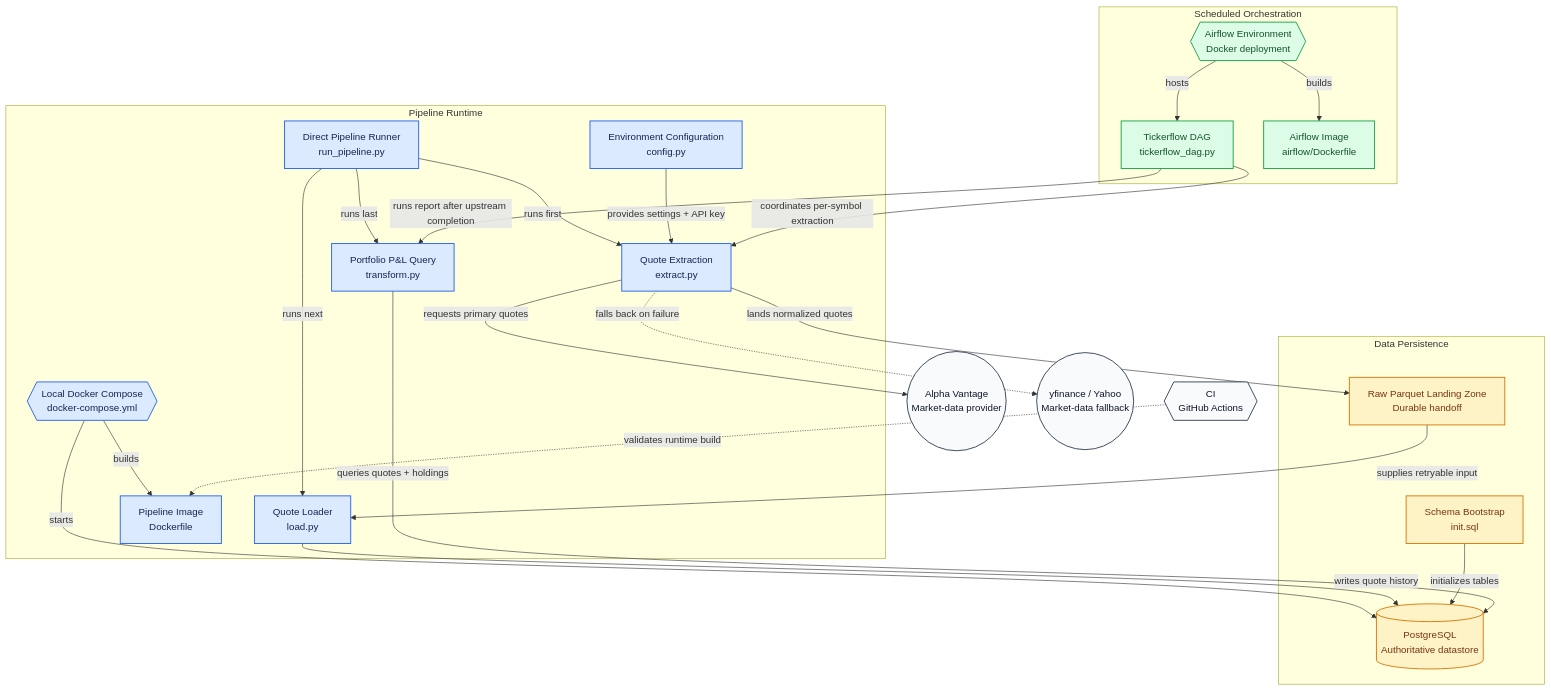
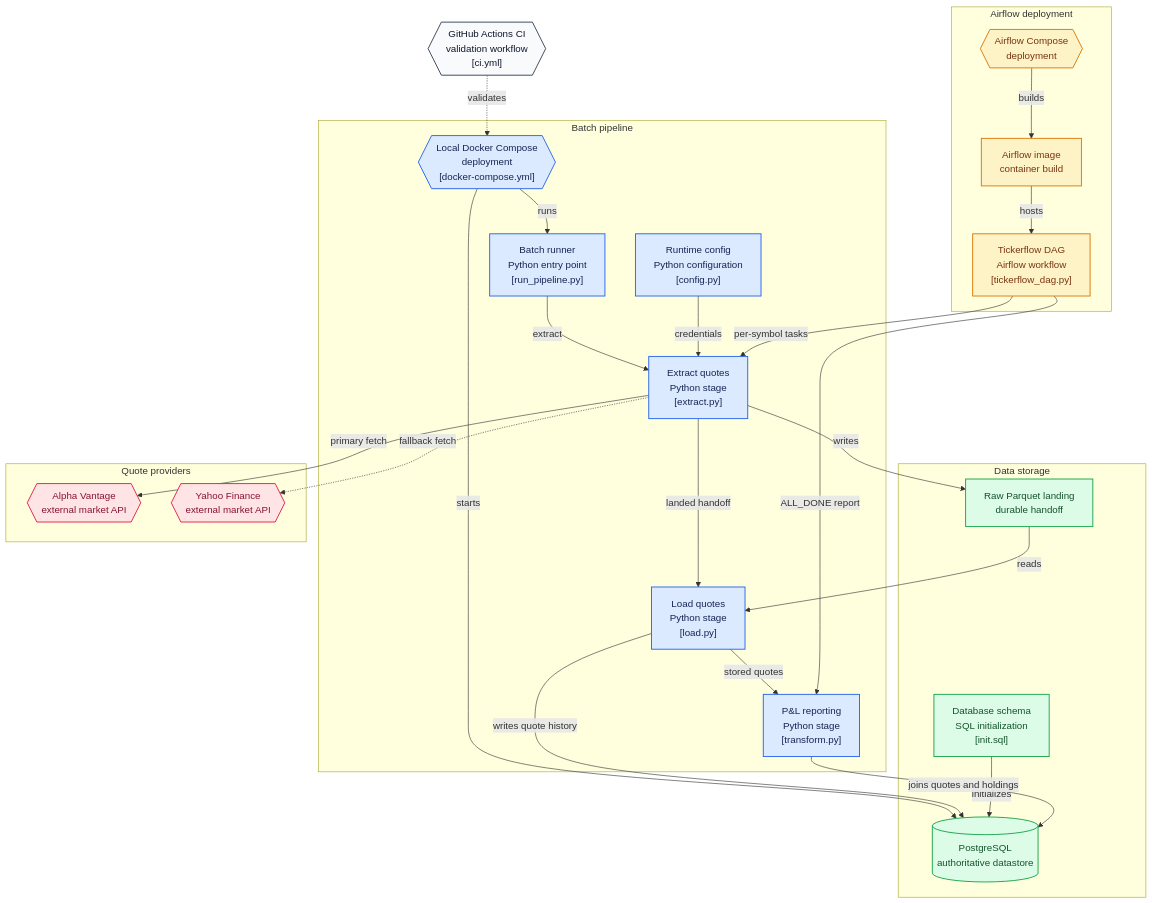
One commit to poppin554/tickerflow changed the diagram in README.md. Above: the diagram before and after it, drawn with Mermaid.

````diff
--- a/README.md
+++ b/README.md
@@ -22,64 +22,75 @@
 ```mermaid
 flowchart TD
 
-subgraph pipeline["Pipeline Runtime"]
-    local_compose{{"Local Docker Compose<br/>docker-compose.yml"}}
-    runner["Direct Pipeline Runner<br/>run_pipeline.py"]
-    config["Environment Configuration<br/>config.py"]
-    extract["Quote Extraction<br/>extract.py"]
-    load["Quote Loader<br/>load.py"]
-    transform["Portfolio P&L Query<br/>transform.py"]
-    pipeline_image["Pipeline Image<br/>Dockerfile"]
+subgraph group_batch["Batch pipeline"]
+  node_local_compose{{"Local Docker Compose<br/>deployment<br/>[docker-compose.yml]"}}
+  node_batch_entry["Batch runner<br/>Python entry point<br/>[run_pipeline.py]"]
+  node_extract["Extract quotes<br/>Python stage<br/>[extract.py]"]
+  node_load["Load quotes<br/>Python stage<br/>[load.py]"]
+  node_transform["P&amp;L reporting<br/>Python stage<br/>[transform.py]"]
+  node_config["Runtime config<br/>Python configuration<br/>[config.py]"]
 end
 
-subgraph data["Data Persistence"]
-    parquet["Raw Parquet Landing Zone<br/>Durable handoff"]
-    postgres[("PostgreSQL<br/>Authoritative datastore")]
-    schema["Schema Bootstrap<br/>init.sql"]
+subgraph group_airflow["Airflow deployment"]
+  node_airflow_compose{{"Airflow Compose<br/>deployment"}}
+  node_airflow_image["Airflow image<br/>container build"]
+  node_dag["Tickerflow DAG<br/>Airflow workflow<br/>[tickerflow_dag.py]"]
 end
 
-subgraph airflow["Scheduled Orchestration"]
-    airflow_compose{{"Airflow Environment<br/>Docker deployment"}}
-    dag["Tickerflow DAG<br/>tickerflow_dag.py"]
-    airflow_image["Airflow Image<br/>airflow/Dockerfile"]
+subgraph group_data["Data storage"]
+  node_parquet["Raw Parquet landing<br/>durable handoff"]
+  node_postgres[("PostgreSQL<br/>authoritative datastore")]
+  node_schema["Database schema<br/>SQL initialization<br/>[init.sql]"]
 end
 
-alpha(("Alpha Vantage<br/>Market-data provider"))
-yfinance(("yfinance / Yahoo<br/>Market-data fallback"))
-ci{{"CI<br/>GitHub Actions"}}
+subgraph group_providers["Quote providers"]
+  node_alpha_vantage{{"Alpha Vantage<br/>external market API"}}
+  node_yahoo{{"Yahoo Finance<br/>external market API"}}
+end
 
-local_compose -->|"builds"| pipeline_image
-local_compose -->|"starts"| postgres
+node_ci{{"GitHub Actions CI<br/>validation workflow<br/>[ci.yml]"}}
 
-runner -->|"runs first"| extract
-runner -->|"runs next"| load
-runner -->|"runs last"| transform
+node_local_compose -->|"runs"| node_batch_entry
+node_local_compose -->|"starts"| node_postgres
+node_batch_entry -->|"extract"| node_extract
+node_extract -->|"landed handoff"| node_load
+node_load -->|"stored quotes"| node_transform
+node_extract -->|"primary fetch"| node_alpha_vantage
+node_extract -.->|"fallback fetch"| node_yahoo
+node_config -->|"credentials"| node_extract
+node_extract -->|"writes"| node_parquet
+node_parquet -->|"reads"| node_load
+node_load -->|"writes quote history"| node_postgres
+node_schema -->|"initializes"| node_postgres
+node_transform -->|"joins quotes and holdings"| node_postgres
+node_airflow_compose -->|"builds"| node_airflow_image
+node_airflow_image -->|"hosts"| node_dag
+node_dag -->|"per-symbol tasks"| node_extract
+node_dag -->|"ALL_DONE report"| node_transform
+node_ci -.->|"validates"| node_local_compose
 
-config -->|"provides settings + API key"| extract
+click node_local_compose "https://github.com/poppin554/tickerflow/blob/main/docker-compose.yml"
+click node_batch_entry "https://github.com/poppin554/tickerflow/blob/main/scripts/run_pipeline.py"
+click node_extract "https://github.com/poppin554/tickerflow/blob/main/src/tickerflow/extract.py"
+click node_load "https://github.com/poppin554/tickerflow/blob/main/src/tickerflow/load.py"
+click node_transform "https://github.com/poppin554/tickerflow/blob/main/src/tickerflow/transform.py"
+click node_config "https://github.com/poppin554/tickerflow/blob/main/src/tickerflow/config.py"
+click node_schema "https://github.com/poppin554/tickerflow/blob/main/db/init.sql"
+click node_airflow_compose "https://github.com/poppin554/tickerflow/blob/main/airflow/docker-compose.yaml"
+click node_airflow_image "https://github.com/poppin554/tickerflow/blob/main/airflow/Dockerfile"
+click node_dag "https://github.com/poppin554/tickerflow/blob/main/airflow/dags/tickerflow_dag.py"
+click node_ci "https://github.com/poppin554/tickerflow/blob/main/.github/workflows/ci.yml"
 
-extract -->|"requests primary quotes"| alpha
-extract -.->|"falls back on failure"| yfinance
-extract -->|"lands normalized quotes"| parquet
-
-parquet -->|"supplies retryable input"| load
-load -->|"writes quote history"| postgres
-schema -->|"initializes tables"| postgres
-transform -->|"queries quotes + holdings"| postgres
-
-airflow_compose -->|"builds"| airflow_image
-airflow_compose -->|"hosts"| dag
-dag -->|"coordinates per-symbol extraction"| extract
-dag -->|"runs report after upstream completion"| transform
-
-ci -.->|"validates runtime build"| pipeline_image
-
-classDef pipelineStyle fill:#dbeafe,stroke:#2563eb,stroke-width:1.5px,color:#172554
-classDef dataStyle fill:#fef3c7,stroke:#d97706,stroke-width:1.5px,color:#78350f
-classDef airflowStyle fill:#dcfce7,stroke:#16a34a,stroke-width:1.5px,color:#14532d
-classDef neutralStyle fill:#f8fafc,stroke:#334155,stroke-width:1.5px,color:#0f172a
-
-class local_compose,runner,config,extract,load,transform,pipeline_image pipelineStyle
-class parquet,postgres,schema dataStyle
-class airflow_compose,dag,airflow_image airflowStyle
-class alpha,yfinance,ci neutralStyle
+classDef toneNeutral fill:#f8fafc,stroke:#334155,stroke-width:1.5px,color:#0f172a
+classDef toneBlue fill:#dbeafe,stroke:#2563eb,stroke-width:1.5px,color:#172554
+classDef toneAmber fill:#fef3c7,stroke:#d97706,stroke-width:1.5px,color:#78350f
+classDef toneMint fill:#dcfce7,stroke:#16a34a,stroke-width:1.5px,color:#14532d
+classDef toneRose fill:#ffe4e6,stroke:#e11d48,stroke-width:1.5px,color:#881337
+classDef toneIndigo fill:#e0e7ff,stroke:#4f46e5,stroke-width:1.5px,color:#312e81
+classDef toneTeal fill:#ccfbf1,stroke:#0f766e,stroke-width:1.5px,color:#134e4a
+class node_local_compose,node_batch_entry,node_extract,node_load,node_transform,node_config toneBlue
+class node_airflow_compose,node_airflow_image,node_dag toneAmber
+class node_parquet,node_postgres,node_schema toneMint
+class node_alpha_vantage,node_yahoo toneRose
+class node_ci toneNeutral
 ```
````
